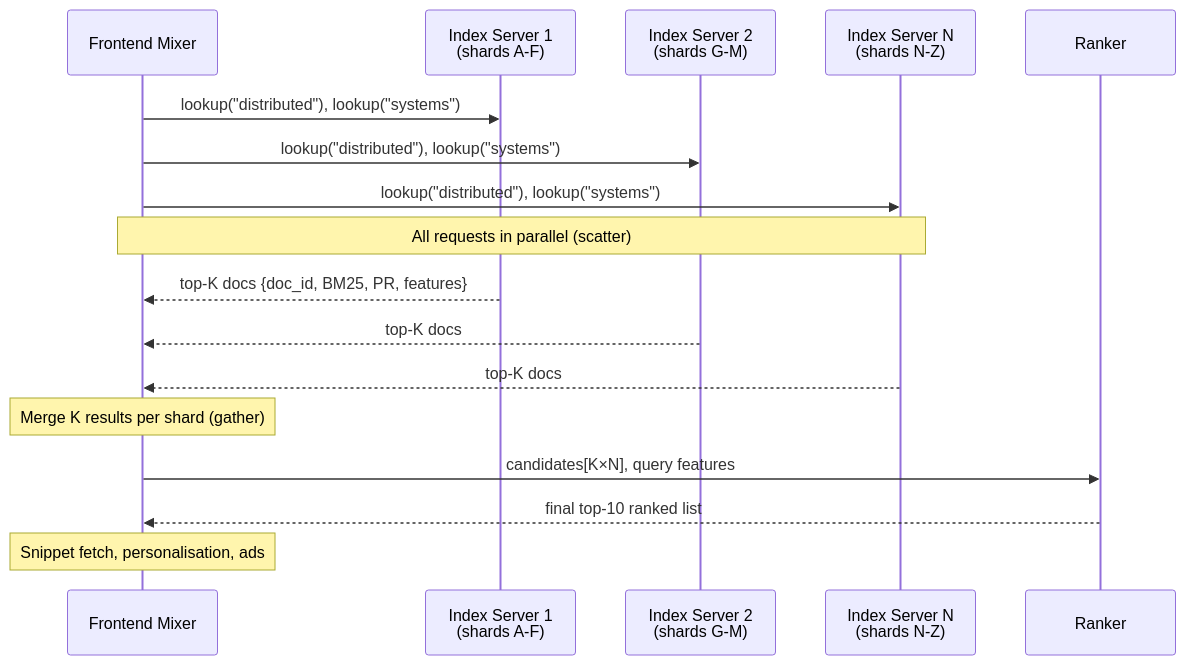
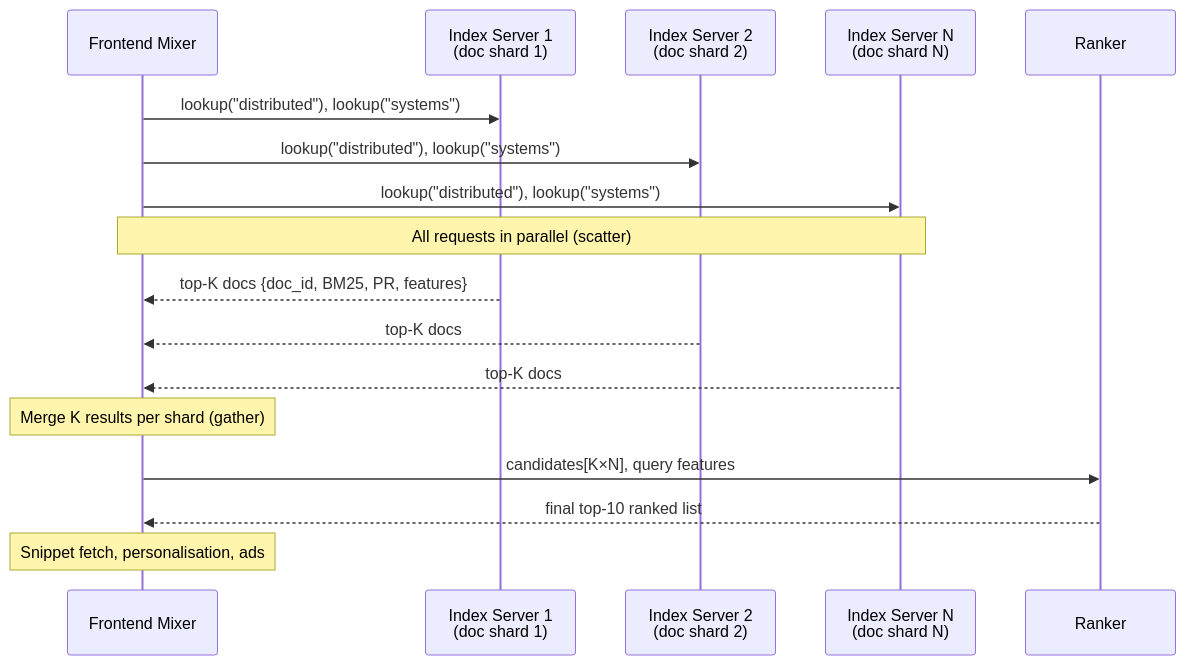
The fourth of 4 diagrams in Bonus-Real-World-Architectures/22-Google-Search/README.md (Ankan1998/learn-system-design), drawn with Mermaid before and after one commit. The commit also changed other lines of this file and 139 other files, not shown here.

````diff
--- a/Bonus-Real-World-Architectures/22-Google-Search/README.md
+++ b/Bonus-Real-World-Architectures/22-Google-Search/README.md
@@ -287,20 +283,20 @@
 ```mermaid
 sequenceDiagram
     participant FE as Frontend Mixer
-    participant IS1 as Index Server 1<br/>(shards A-F)
-    participant IS2 as Index Server 2<br/>(shards G-M)
-    participant ISN as Index Server N<br/>(shards N-Z)
+    participant IS1 as Index Server 1<br/>(doc shard 1)
+    participant IS2 as Index Server 2<br/>(doc shard 2)
+    participant ISN as Index Server N<br/>(doc shard N)
     participant Rank as Ranker
 
     FE->>IS1: lookup("distributed"), lookup("systems")
     FE->>IS2: lookup("distributed"), lookup("systems")
     FE->>ISN: lookup("distributed"), lookup("systems")
     Note over FE,ISN: All requests in parallel (scatter)
     IS1-->>FE: top-K docs {doc_id, BM25, PR, features}
     IS2-->>FE: top-K docs
     ISN-->>FE: top-K docs
     Note over FE: Merge K results per shard (gather)
     FE->>Rank: candidates[K×N], query features
     Rank-->>FE: final top-10 ranked list
     Note over FE: Snippet fetch, personalisation, ads
 ```
````
